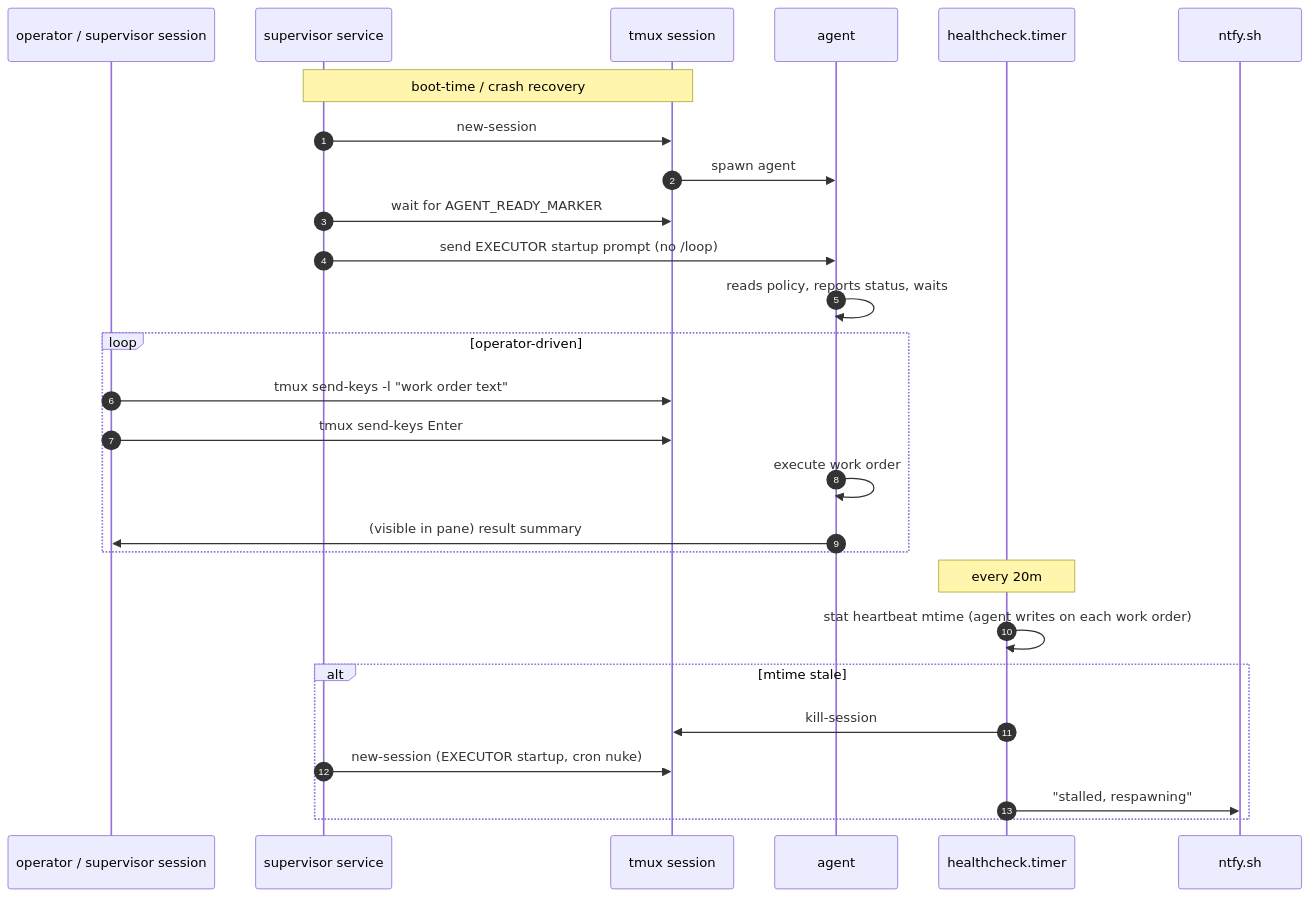
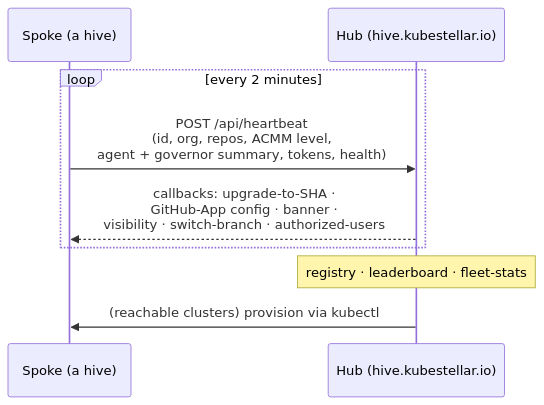
The eighth of 10 diagrams in docs/content/hive/architecture.md (kubestellar/docs), drawn with Mermaid before and after one commit. The commit also changed other lines of this file and 34 other files, not shown here.

````diff
--- a/docs/content/hive/architecture.md
+++ b/docs/content/hive/architecture.md
@@ -113,32 +296,11 @@
 ```mermaid
 sequenceDiagram
-    autonumber
-    participant Op as operator / supervisor session
-    participant S as supervisor service
-    participant T as tmux session
-    participant A as agent
-    participant H as healthcheck.timer
-    participant N as ntfy.sh
-
-    Note over S,T: boot-time / crash recovery
-    S->>T: new-session
-    T->>A: spawn agent
-    S->>T: wait for AGENT_READY_MARKER
-    S->>A: send EXECUTOR startup prompt (no /loop)
-    A->>A: reads policy, reports status, waits
-
-    loop operator-driven
-        Op->>T: tmux send-keys -l "work order text"
-        Op->>T: tmux send-keys Enter
-        A->>A: execute work order
-        A->>Op: (visible in pane) result summary
+    participant S as Spoke (a hive)
+    participant H as Hub (hive.kubestellar.io)
+    loop every 2 minutes
+        S->>H: POST /api/heartbeat<br/>(id, org, repos, ACMM level,<br/>agent + governor summary, tokens, health)
+        H-->>S: callbacks: upgrade-to-SHA ·<br/>GitHub-App config · banner ·<br/>visibility · switch-branch · authorized-users
     end
-
-    Note over H: every 20m
-    H->>H: stat heartbeat mtime (agent writes on each work order)
-    alt mtime stale
-        H->>T: kill-session
-        S->>T: new-session (EXECUTOR startup, cron nuke)
-        H->>N: "stalled, respawning"
-    end
+    Note over H: registry · leaderboard · fleet-stats
+    H->>S: (reachable clusters) provision via kubectl
 ```
````
